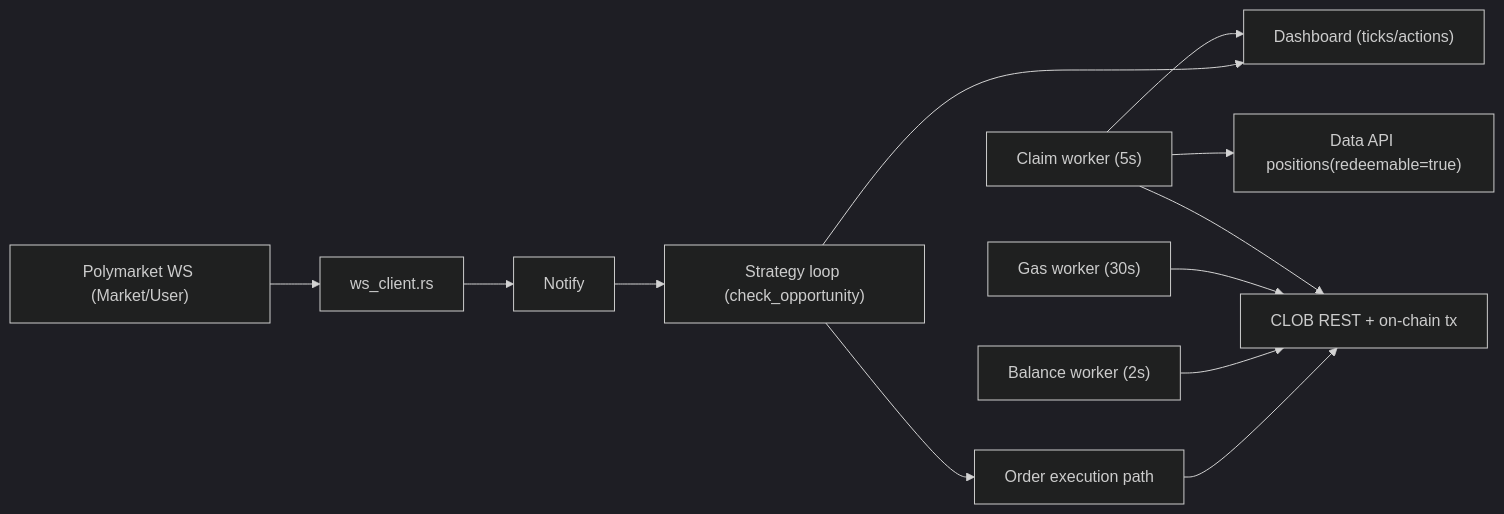
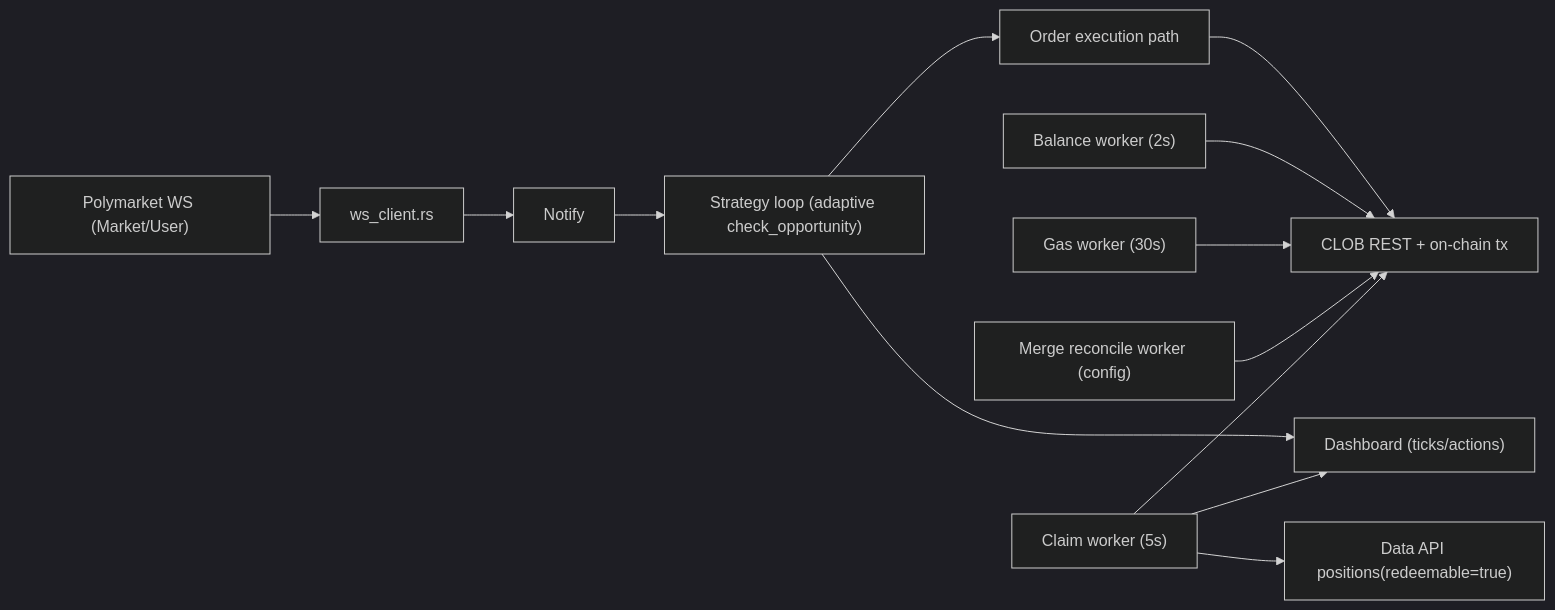
The diagram in README.md (bingcheng45/polymarketrust), drawn with Mermaid (dark theme) before and after one commit. The commit also changed other lines of this file and 1 other file, not shown here.

````diff
--- a/README.md
+++ b/README.md
@@ -104,15 +125,16 @@
 ```mermaid
 flowchart LR
     WS["Polymarket WS (Market/User)"] --> MC["ws_client.rs"]
     MC --> N["Notify"]
-    N --> S["Strategy loop (check_opportunity)"]
+    N --> S["Strategy loop (adaptive check_opportunity)"]
     S --> D["Dashboard (ticks/actions)"]
     S --> O["Order execution path"]
     O --> C["CLOB REST + on-chain tx"]
 
     B["Balance worker (2s)"] --> C
     G["Gas worker (30s)"] --> C
+    M["Merge reconcile worker (config)"] --> C
     R["Claim worker (5s)"] --> P["Data API positions(redeemable=true)"]
     R --> C
     R --> D
 ```
````
